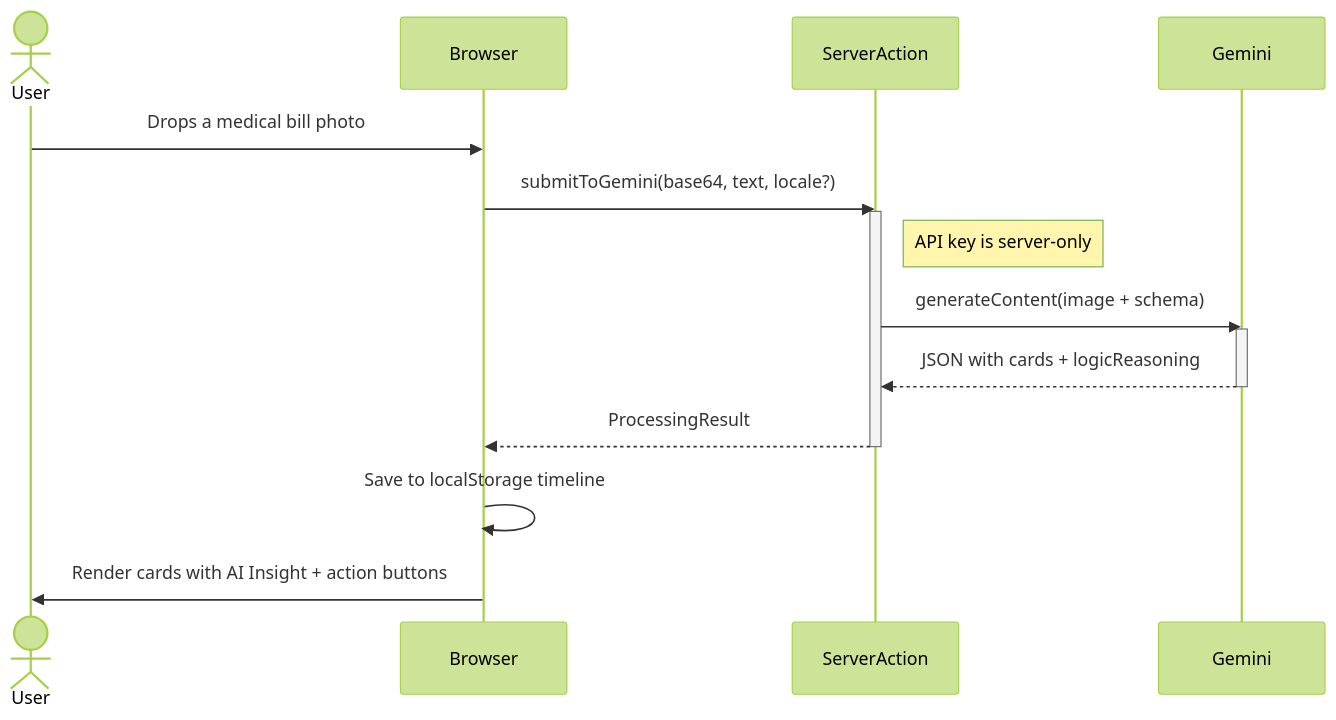
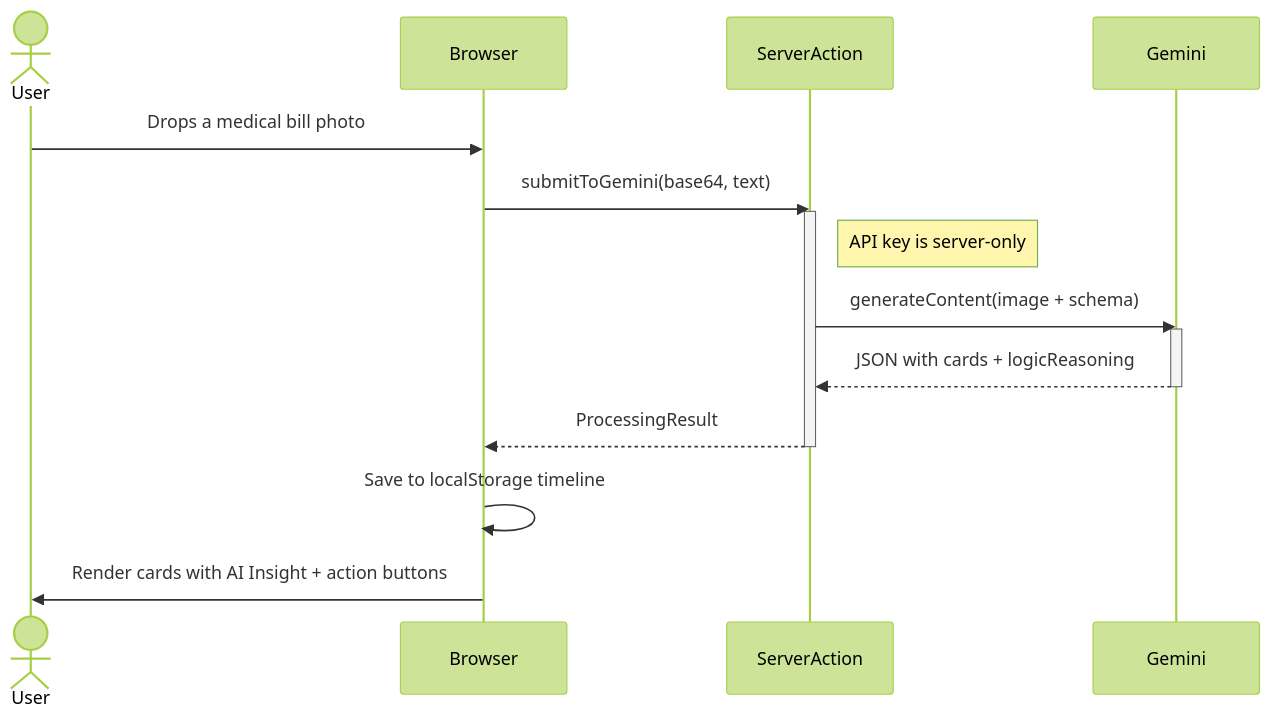
The second of 3 diagrams in README.md (DecentralizedJM/PromptWar), drawn with Mermaid (forest theme) before and after one commit. The commit also changed other lines of this file and 15 other files, not shown here.

````diff
--- a/README.md
+++ b/README.md
@@ -115,20 +115,20 @@
 ```mermaid
 sequenceDiagram
     actor User
     participant Browser
     participant ServerAction
     participant GeminiAPI as Gemini
 
     User->>Browser: Drops a medical bill photo
-    Browser->>ServerAction: submitToGemini(base64, text, locale?)
+    Browser->>ServerAction: submitToGemini(base64, text)
     activate ServerAction
     Note right of ServerAction: API key is server-only
     ServerAction->>GeminiAPI: generateContent(image + schema)
     activate GeminiAPI
     GeminiAPI-->>ServerAction: JSON with cards + logicReasoning
     deactivate GeminiAPI
     ServerAction-->>Browser: ProcessingResult
     deactivate ServerAction
     Browser->>Browser: Save to localStorage timeline
     Browser->>User: Render cards with AI Insight + action buttons
 ```
````
